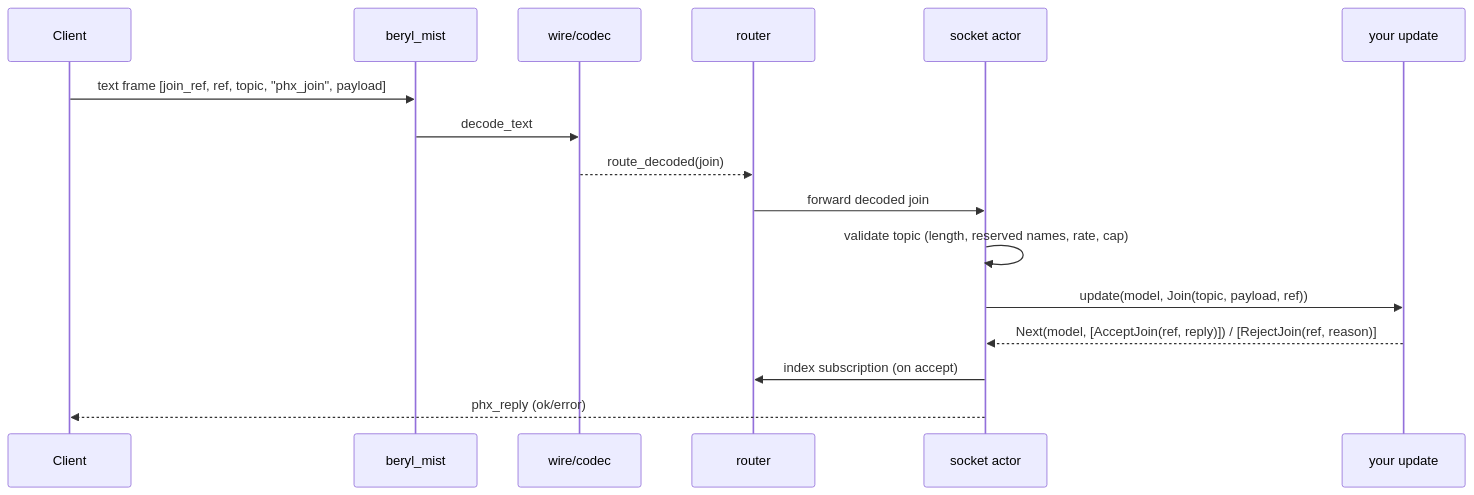
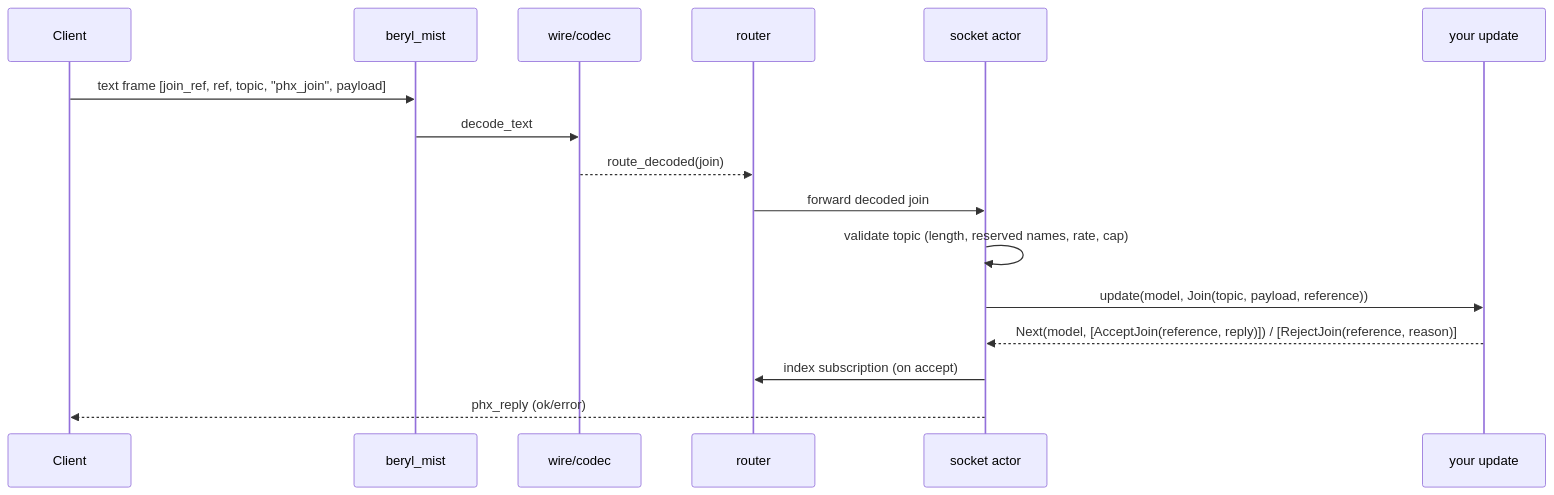
The second of 6 diagrams in website/src/content/docs/architecture/message-lifecycle.md (tylerbutler/beryl), drawn with Mermaid before and after one commit. The commit also changed other lines of this file and 42 other files, not shown here.

First line of the commit message:
refactor(socket)!: spell out reference handles (#600)

````diff
--- a/website/src/content/docs/architecture/message-lifecycle.md
+++ b/website/src/content/docs/architecture/message-lifecycle.md
@@ -40,18 +40,18 @@
 ```mermaid
 sequenceDiagram
   participant Client
   participant Mist as beryl_mist
   participant Wire as wire/codec
   participant Router as router
   participant Socket as socket actor
   participant App as your update
   Client->>Mist: text frame [join_ref, ref, topic, "phx_join", payload]
   Mist->>Wire: decode_text
   Wire-->>Router: route_decoded(join)
   Router->>Socket: forward decoded join
   Socket->>Socket: validate topic (length, reserved names, rate, cap)
-  Socket->>App: update(model, Join(topic, payload, ref))
-  App-->>Socket: Next(model, [AcceptJoin(ref, reply)]) / [RejectJoin(ref, reason)]
+  Socket->>App: update(model, Join(topic, payload, reference))
+  App-->>Socket: Next(model, [AcceptJoin(reference, reply)]) / [RejectJoin(reference, reason)]
   Socket->>Router: index subscription (on accept)
   Socket-->>Client: phx_reply (ok/error)
 ```
````
